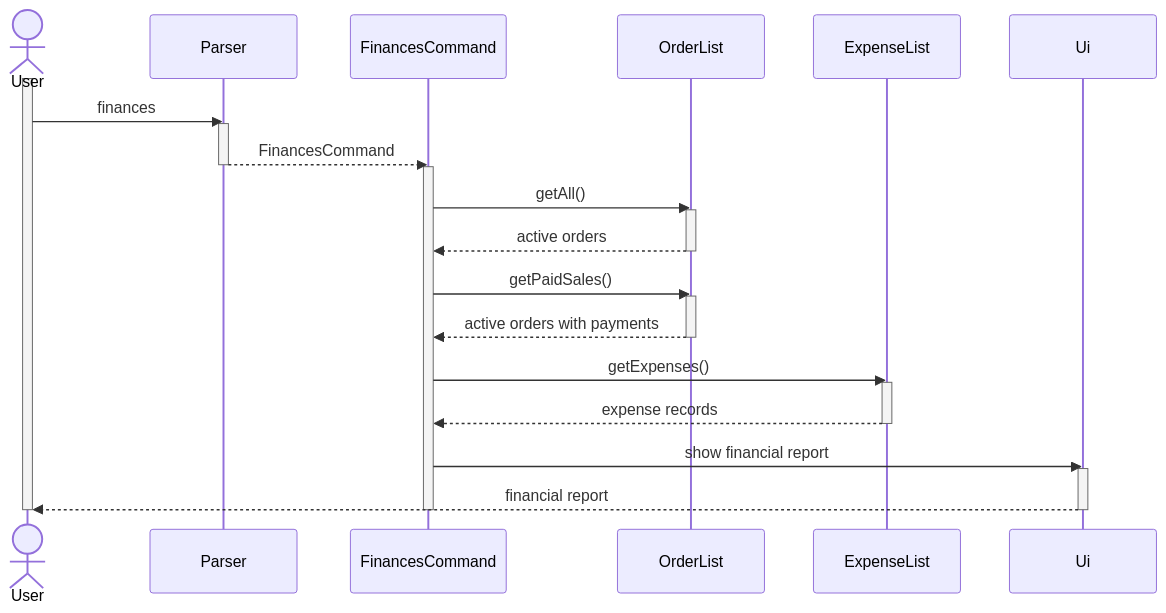
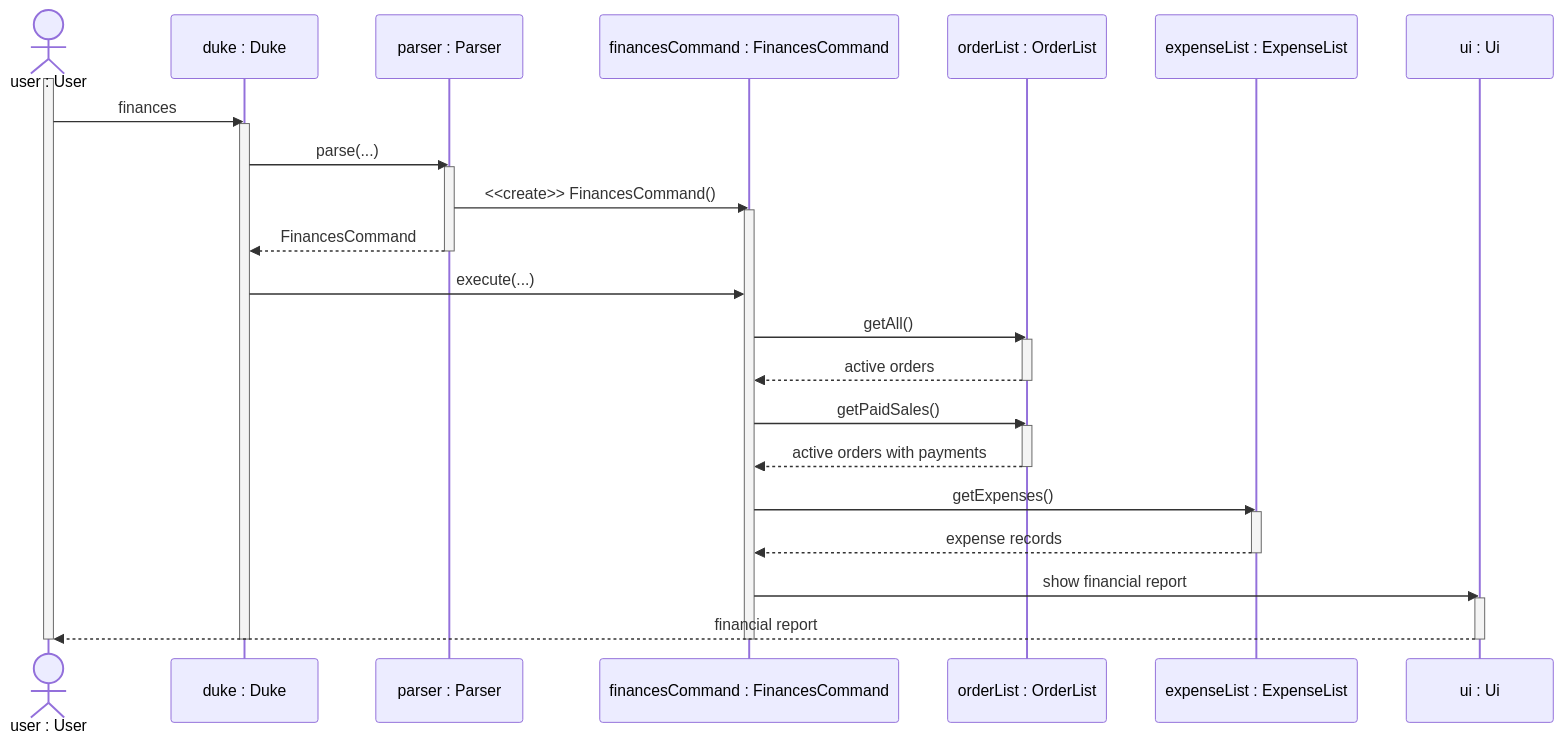
Before and after one commit to AY2627S1-CS2113-T11-1/tp: the diagram in docs/diagrams/finances.mmd, drawn with Mermaid. The commit also changed 8 other files, not shown here.

Commit message:
docs: update UML financial sequence diagrams

```diff
--- a/docs/diagrams/finances.mmd
+++ b/docs/diagrams/finances.mmd
@@ -1,31 +1,38 @@
 sequenceDiagram
-    actor User
-    participant P as Parser
-    participant C as FinancesCommand
-    participant O as OrderList
-    participant E as ExpenseList
-    participant U as Ui
+    actor User as user : User
+    participant D as duke : Duke
+    participant P as parser : Parser
+    participant C as financesCommand : FinancesCommand
+    participant O as orderList : OrderList
+    participant E as expenseList : ExpenseList
+    participant U as ui : Ui
     activate User
-    User->>P: finances
+    User->>D: finances
+    activate D
+    D->>P: parse(...)
     activate P
-    P-->>C: FinancesCommand
+    P->>C: <<create>> FinancesCommand()
+    activate C
+    P-->>D: FinancesCommand
     deactivate P
-    activate C
+    D->>C: execute(...)
     C->>O: getAll()
     activate O
     O-->>C: active orders
     deactivate O
     C->>O: getPaidSales()
     activate O
     O-->>C: active orders with payments
     deactivate O
     C->>E: getExpenses()
     activate E
     E-->>C: expense records
     deactivate E
     C->>U: show financial report
     activate U
     U-->>User: financial report
     deactivate U
     deactivate C
+    destroy C
+    deactivate D
     deactivate User
```
